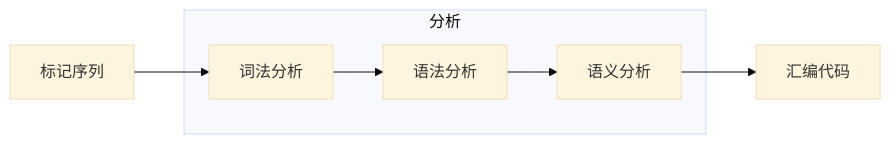
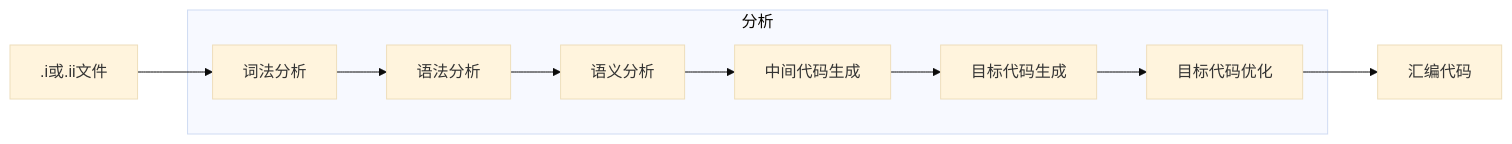
Before and after one commit to Chenpeel/Chenpeel.github.io: the third of 7 diagrams in docs/cs/basic/c_cpp/0x01.md, drawn with Mermaid (base theme). The commit also changed other lines of this file and 2 other files, not shown here.

````diff
--- a/docs/cs/basic/c_cpp/0x01.md
+++ b/docs/cs/basic/c_cpp/0x01.md
@@ -67,9 +150,12 @@
 ```mermaid
 graph LR;
-	A[标记序列]-->B
+	A[.i或.ii文件]-->B
 	subgraph 分析;
 		B[词法分析]-->C[语法分析]
 		C-->D[语义分析]
+		D-->E[中间代码生成]
+		E-->F[目标代码生成]
+		F-->G[目标代码优化]
 	end;
-	D-->F[汇编代码]
+	G-->Z[汇编代码]
 ```
````
